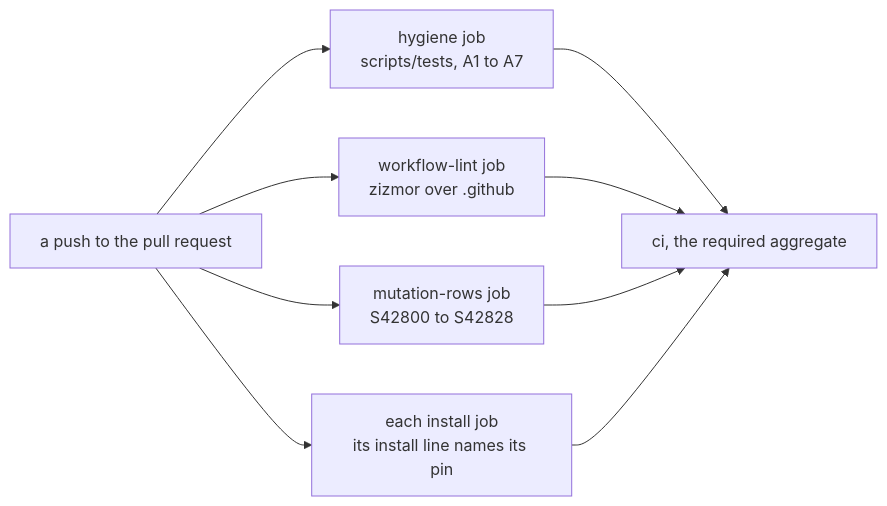
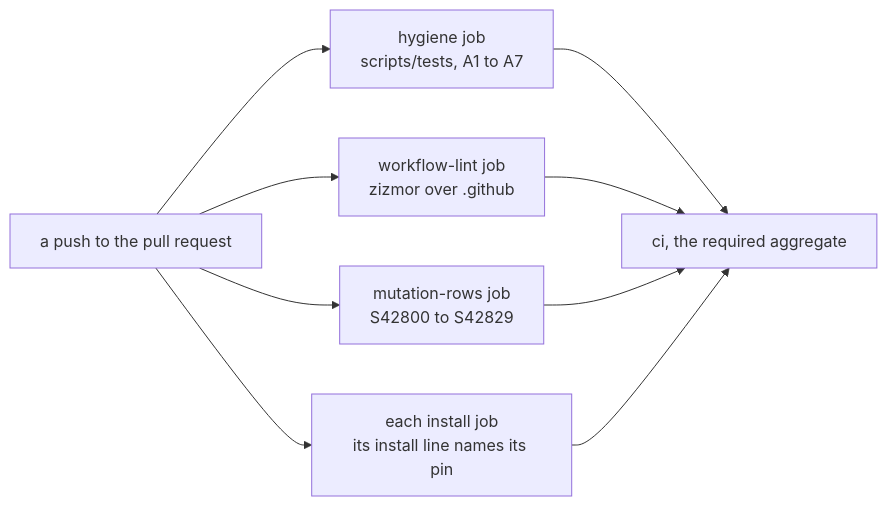
One commit to RexRenatus/deck-streak changed the third of 3 diagrams in docs/schematics/ci-tool-pins-and-job-timeouts.md. Above: the diagram before and after it, drawn with Mermaid. The commit also changed other lines of this file and 2 other files, not shown here.

````diff
--- a/docs/schematics/ci-tool-pins-and-job-timeouts.md
+++ b/docs/schematics/ci-tool-pins-and-job-timeouts.md
@@ -81,11 +81,11 @@
 ```mermaid
 flowchart LR
   pr["a push to the pull request"] --> hyg["hygiene job<br/>scripts/tests, A1 to A7"]
   pr --> wl["workflow-lint job<br/>zizmor over .github"]
-  pr --> rows["mutation-rows job<br/>S42800 to S42828"]
+  pr --> rows["mutation-rows job<br/>S42800 to S42829"]
   pr --> jobs["each install job<br/>its install line names its pin"]
   hyg --> ci["ci, the required aggregate"]
   wl --> ci
   rows --> ci
   jobs --> ci
 ```
````
